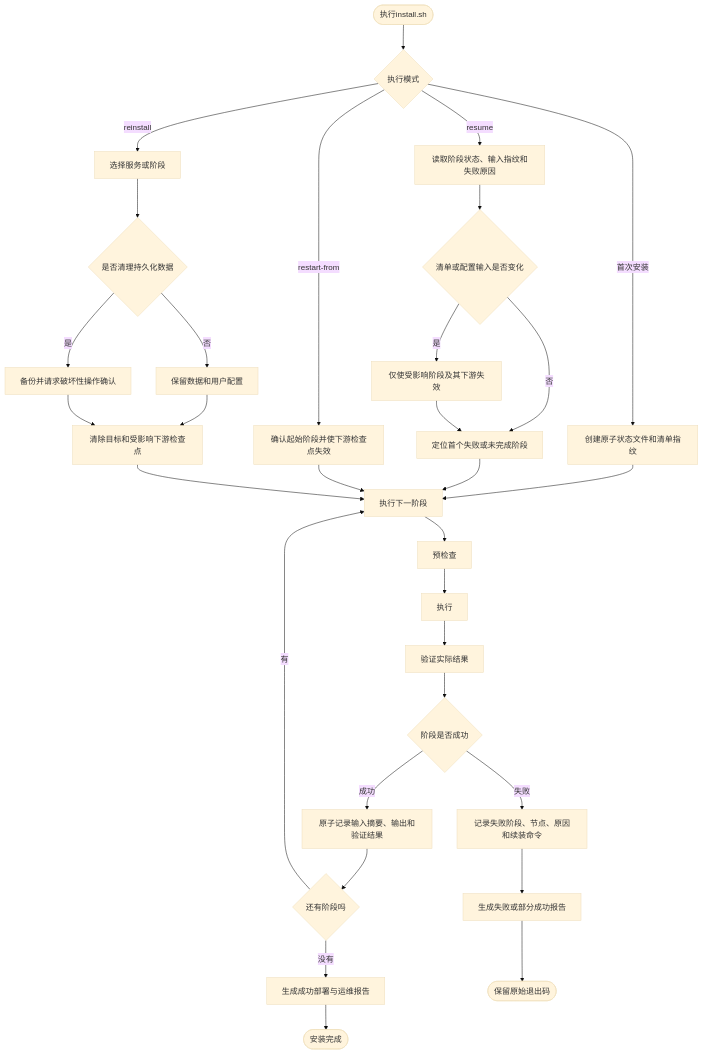
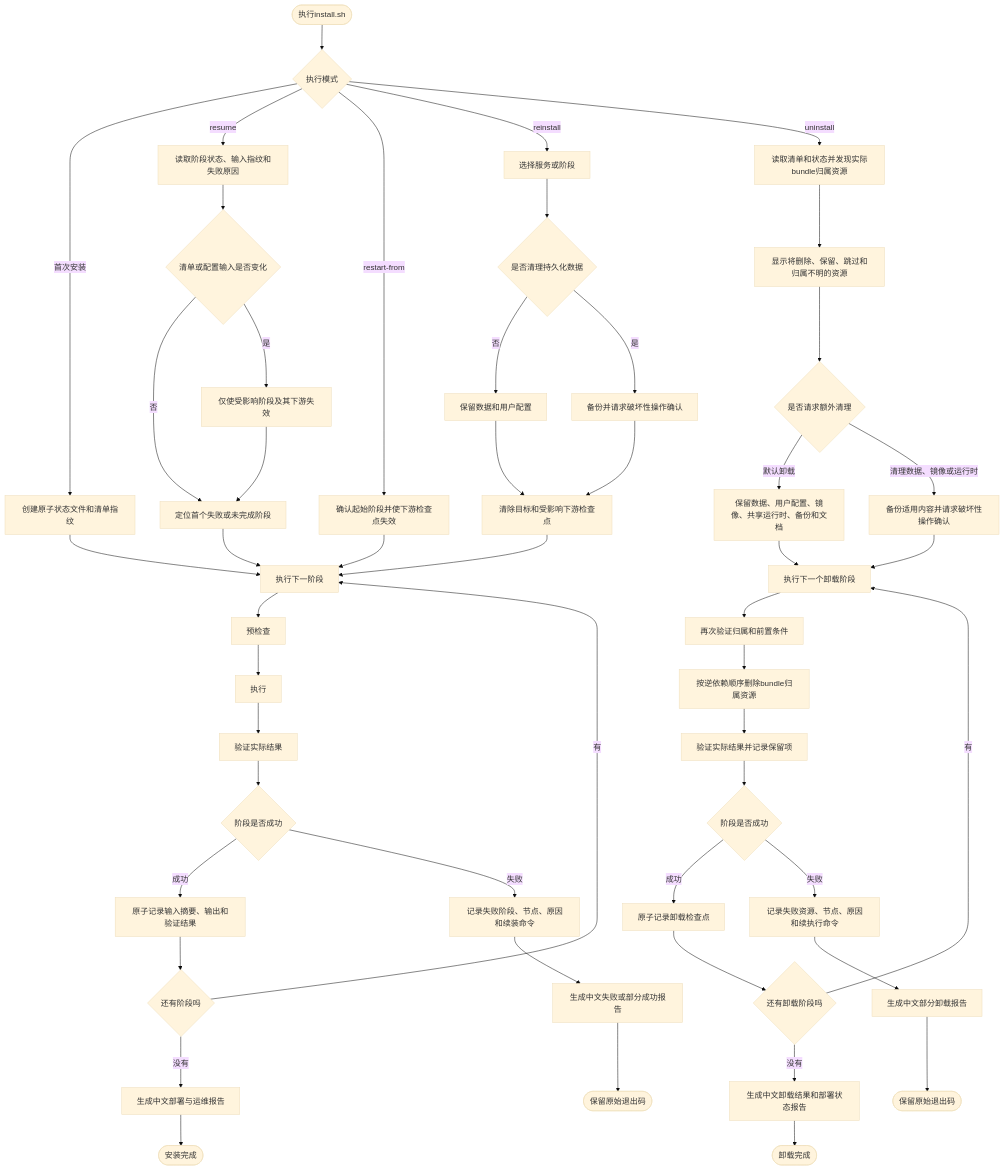
Before and after one commit to tanqizhi/my_skill: the second of 3 diagrams in skills/build-docker-k3s-bundles/references/workflow.md, drawn with Mermaid (base theme). The commit also changed other lines of this file and 7 other files, not shown here.

````diff
--- a/skills/build-docker-k3s-bundles/references/workflow.md
+++ b/skills/build-docker-k3s-bundles/references/workflow.md
@@ -108,39 +109,60 @@
 ```mermaid
 flowchart TB
     ENTRY([执行install.sh]) --> MODE{执行模式}
     MODE -->|首次安装| NEW_STATE[创建原子状态文件和清单指纹]
     MODE -->|resume| LOAD_STATE[读取阶段状态、输入指纹和失败原因]
     MODE -->|restart-from| RESET_FROM[确认起始阶段并使下游检查点失效]
     MODE -->|reinstall| REINSTALL_TARGET[选择服务或阶段]
+    MODE -->|uninstall| UNINSTALL_DISCOVER[读取清单和状态并发现实际bundle归属资源]
+
+    UNINSTALL_DISCOVER --> UNINSTALL_PREVIEW[显示将删除、保留、跳过和归属不明的资源]
+    UNINSTALL_PREVIEW --> UNINSTALL_SCOPE{是否请求额外清理}
+    UNINSTALL_SCOPE -->|默认卸载| UNINSTALL_PRESERVE[保留数据、用户配置、镜像、共享运行时、备份和文档]
+    UNINSTALL_SCOPE -->|清理数据、镜像或运行时| UNINSTALL_BACKUP[备份适用内容并请求破坏性操作确认]
+    UNINSTALL_PRESERVE --> UNINSTALL_NEXT
+    UNINSTALL_BACKUP --> UNINSTALL_NEXT
+
+    UNINSTALL_NEXT[执行下一个卸载阶段] --> UNINSTALL_CHECK[再次验证归属和前置条件]
+    UNINSTALL_CHECK --> UNINSTALL_APPLY[按逆依赖顺序删除bundle归属资源]
+    UNINSTALL_APPLY --> UNINSTALL_VERIFY[验证实际结果并记录保留项]
+    UNINSTALL_VERIFY --> UNINSTALL_RESULT{阶段是否成功}
+    UNINSTALL_RESULT -->|成功| UNINSTALL_CHECKPOINT[原子记录卸载检查点]
+    UNINSTALL_CHECKPOINT --> UNINSTALL_MORE{还有卸载阶段吗}
+    UNINSTALL_MORE -->|有| UNINSTALL_NEXT
+    UNINSTALL_MORE -->|没有| UNINSTALL_REPORT[生成中文卸载结果和部署状态报告]
+    UNINSTALL_RESULT -->|失败| UNINSTALL_FAILURE[记录失败资源、节点、原因和续执行命令]
+    UNINSTALL_FAILURE --> UNINSTALL_PARTIAL_REPORT[生成中文部分卸载报告]
+    UNINSTALL_PARTIAL_REPORT --> UNINSTALL_EXIT_FAIL([保留原始退出码])
+    UNINSTALL_REPORT --> UNINSTALL_EXIT_OK([卸载完成])
 
     LOAD_STATE --> INPUT_CHANGED{清单或配置输入是否变化}
     INPUT_CHANGED -->|否| FIND_STAGE[定位首个失败或未完成阶段]
     INPUT_CHANGED -->|是| INVALIDATE[仅使受影响阶段及其下游失效]
     INVALIDATE --> FIND_STAGE
 
     REINSTALL_TARGET --> CLEAN_MODE{是否清理持久化数据}
     CLEAN_MODE -->|否| PRESERVE[保留数据和用户配置]
     CLEAN_MODE -->|是| BACKUP_CONFIRM[备份并请求破坏性操作确认]
     PRESERVE --> RESET_TARGET[清除目标和受影响下游检查点]
     BACKUP_CONFIRM --> RESET_TARGET
 
     NEW_STATE --> NEXT
     FIND_STAGE --> NEXT
     RESET_FROM --> NEXT
     RESET_TARGET --> NEXT
 
     NEXT[执行下一阶段] --> STAGE_CHECK[预检查]
     STAGE_CHECK --> STAGE_APPLY[执行]
     STAGE_APPLY --> STAGE_VERIFY[验证实际结果]
     STAGE_VERIFY --> STAGE_RESULT{阶段是否成功}
 
     STAGE_RESULT -->|成功| CHECKPOINT[原子记录输入摘要、输出和验证结果]
     CHECKPOINT --> MORE{还有阶段吗}
     MORE -->|有| NEXT
-    MORE -->|没有| SUCCESS_REPORT[生成成功部署与运维报告]
+    MORE -->|没有| SUCCESS_REPORT[生成中文部署与运维报告]
 
     STAGE_RESULT -->|失败| FAILURE_STATE[记录失败阶段、节点、原因和续装命令]
-    FAILURE_STATE --> FAILURE_REPORT[生成失败或部分成功报告]
+    FAILURE_STATE --> FAILURE_REPORT[生成中文失败或部分成功报告]
     FAILURE_REPORT --> EXIT_FAIL([保留原始退出码])
     SUCCESS_REPORT --> EXIT_OK([安装完成])
 ```
````
